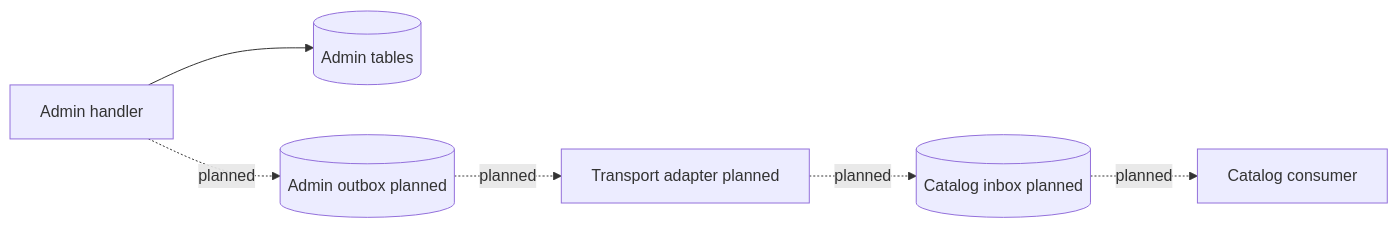
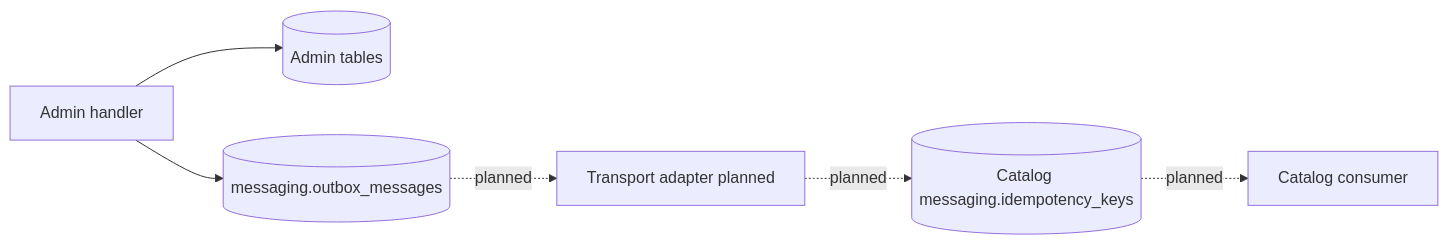
Before and after one commit to danigutsch/ViajantesTurismo: the third of 10 diagrams in docs/architecture/FLOWS.md, drawn with Mermaid. The commit also changed other lines of this file and 59 other files, not shown here.

````diff
--- a/docs/architecture/FLOWS.md
+++ b/docs/architecture/FLOWS.md
@@ -86,15 +87,15 @@
 ```mermaid
 flowchart LR
     adminHandler[Admin handler]
     adminDb[(Admin tables)]
-    outbox[(Admin outbox planned)]
+    outbox[(messaging.outbox_messages)]
     transport[Transport adapter planned]
-    inbox[(Catalog inbox planned)]
+    inbox[(Catalog messaging.idempotency_keys)]
     catalogConsumer[Catalog consumer]
 
     adminHandler --> adminDb
-    adminHandler -. planned .-> outbox
+    adminHandler --> outbox
     outbox -. planned .-> transport
     transport -. planned .-> inbox
     inbox -. planned .-> catalogConsumer
 ```
````
